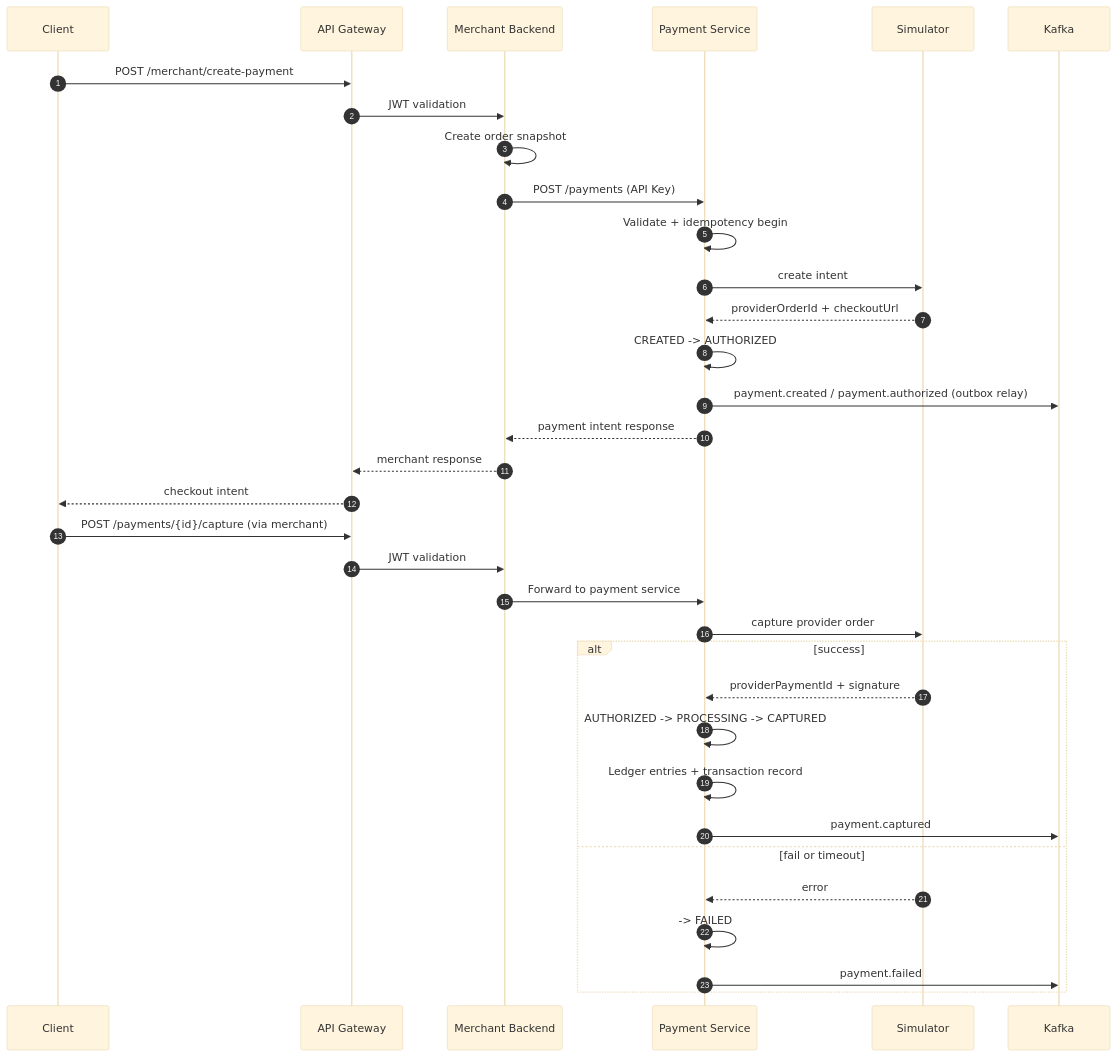
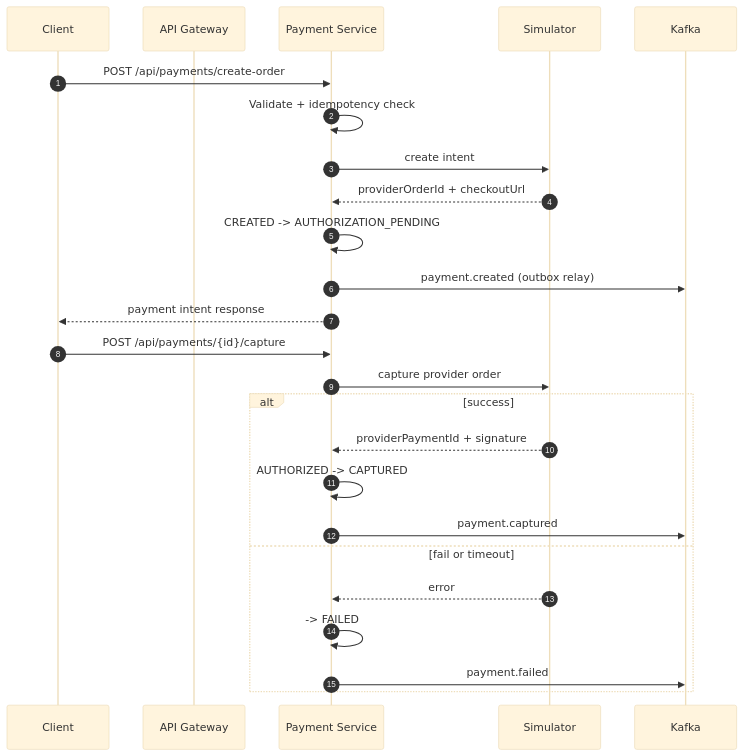
One commit to Drive10/payment-gateway changed the first of 2 diagrams in README.md. Above: the diagram before and after it, drawn with Mermaid (base theme). The commit also changed other lines of this file and 17 other files, not shown here.

````diff
--- a/README.md
+++ b/README.md
@@ -105,38 +108,29 @@
 ```mermaid
 sequenceDiagram
     autonumber
     participant C as Client
     participant G as API Gateway
-    participant M as Merchant Backend
     participant P as Payment Service
     participant S as Simulator
     participant K as Kafka
 
-    C->>G: POST /merchant/create-payment
-    G->>M: JWT validation
-    M->>M: Create order snapshot
-    M->>P: POST /payments (API Key)
-    P->>P: Validate + idempotency begin
+    C->>P: POST /api/payments/create-order
+    P->>P: Validate + idempotency check
     P->>S: create intent
     S-->>P: providerOrderId + checkoutUrl
-    P->>P: CREATED -> AUTHORIZED
-    P->>K: payment.created / payment.authorized (outbox relay)
-    P-->>M: payment intent response
-    M-->>G: merchant response
-    G-->>C: checkout intent
+    P->>P: CREATED -> AUTHORIZATION_PENDING
+    P->>K: payment.created (outbox relay)
+    P-->>C: payment intent response
 
-    C->>G: POST /payments/{id}/capture (via merchant)
-    G->>M: JWT validation
-    M->>P: Forward to payment service
+    C->>P: POST /api/payments/{id}/capture
     P->>S: capture provider order
     alt success
       S-->>P: providerPaymentId + signature
-      P->>P: AUTHORIZED -> PROCESSING -> CAPTURED
-      P->>P: Ledger entries + transaction record
+      P->>P: AUTHORIZED -> CAPTURED
       P->>K: payment.captured
     else fail or timeout
       S-->>P: error
       P->>P: -> FAILED
       P->>K: payment.failed
     end
 ```
````
